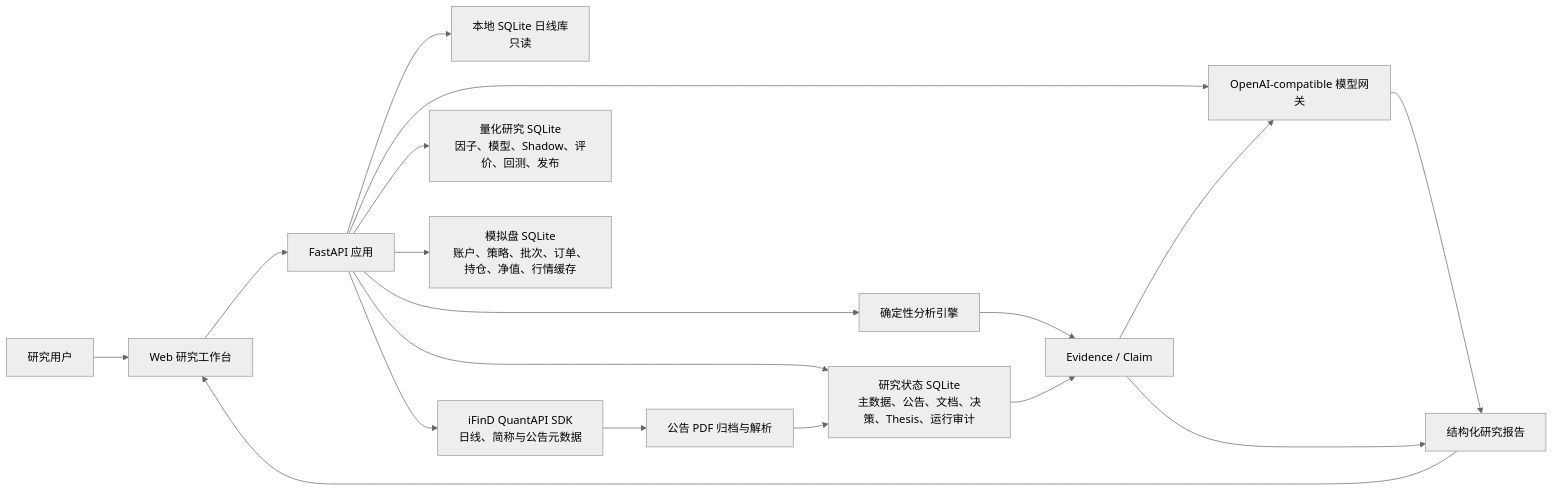
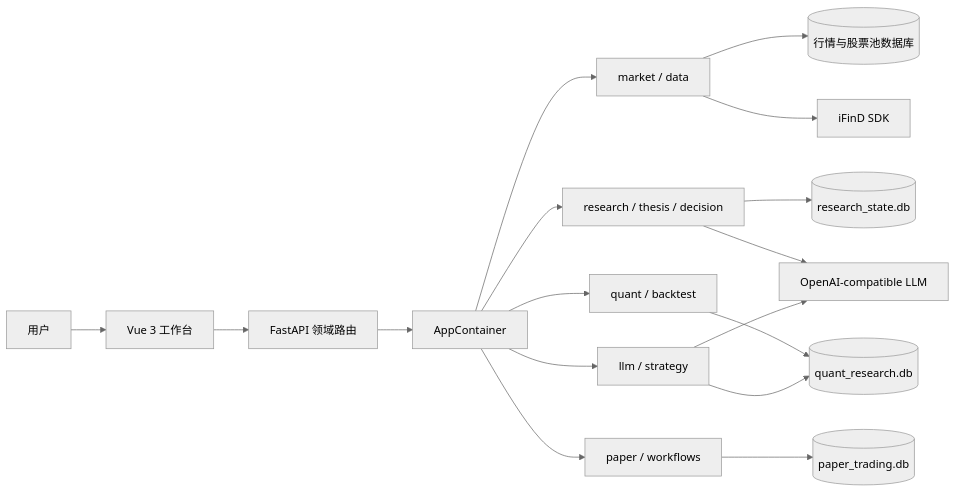
Before and after one commit to Mingsirbob/AI-Researcher: the first of 2 diagrams in docs/ARCHITECTURE.md, drawn with Mermaid (neutral theme). The commit also changed other lines of this file and 107 other files, not shown here.

````diff
--- a/docs/ARCHITECTURE.md
+++ b/docs/ARCHITECTURE.md
@@ -150,22 +12,22 @@
 ```mermaid
 flowchart LR
-    User["研究用户"] --> UI["Web 研究工作台"]
-    UI --> API["FastAPI 应用"]
+    User["用户"] --> Vue["Vue 3 工作台"]
+    Vue --> API["FastAPI 领域路由"]
+    API --> Container["AppContainer"]
 
-    API --> LocalDB["本地 SQLite 日线库\n只读"]
-    API --> IFind["iFinD QuantAPI SDK\n日线、简称与公告元数据"]
-    API --> Calc["确定性分析引擎"]
-    API --> LLM["OpenAI-compatible 模型网关"]
-    API --> StateDB["研究状态 SQLite\n主数据、公告、文档、决策、Thesis、运行审计"]
-    API --> QuantDB["量化研究 SQLite\n因子、模型、Shadow、评价、回测、发布"]
-    API --> PaperDB["模拟盘 SQLite\n账户、策略、批次、订单、持仓、净值、行情缓存"]
-    IFind --> Archive["公告 PDF 归档与解析"]
-    Archive --> StateDB
+    Container --> Market["market / data"]
+    Container --> Research["research / thesis / decision"]
+    Container --> Quant["quant / backtest"]
+    Container --> Strategy["llm / strategy"]
+    Container --> Paper["paper / workflows"]
 
-    Calc --> Evidence["Evidence / Claim"]
-    StateDB --> Evidence
-    Evidence --> LLM
-    LLM --> Report["结构化研究报告"]
-    Evidence --> Report
-    Report --> UI
+    Market --> Raw[("行情与股票池数据库")]
+    Research --> ResearchDB[("research_state.db")]
+    Quant --> QuantDB[("quant_research.db")]
+    Strategy --> QuantDB
+    Paper --> PaperDB[("paper_trading.db")]
+
+    Market --> IFind["iFinD SDK"]
+    Research --> LLM["OpenAI-compatible LLM"]
+    Strategy --> LLM
 ```
````
